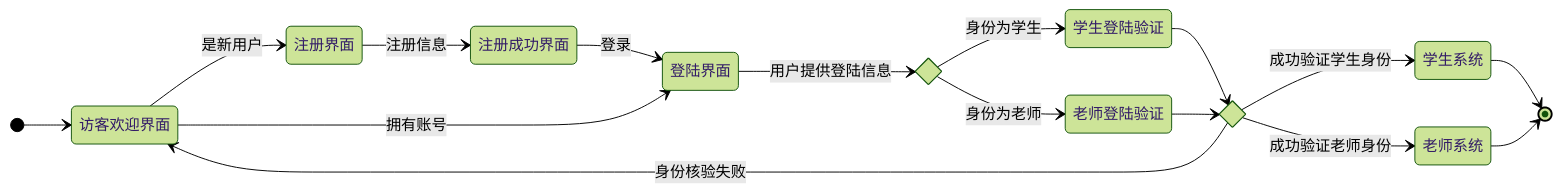
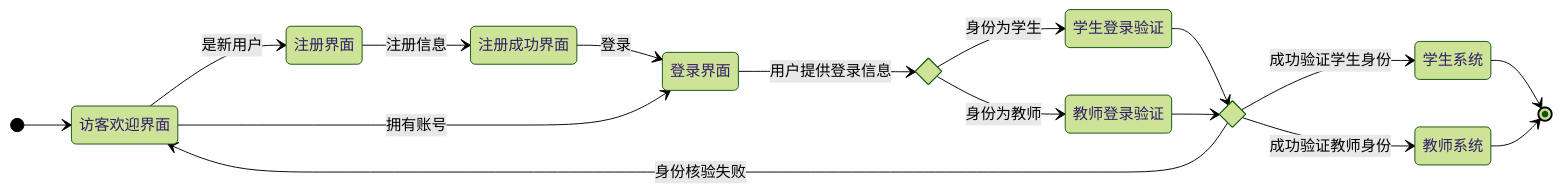
Before and after one commit to Group-Lynx/grid: the diagram in doc/need-anal/state-login.mmd, drawn with Mermaid (forest theme). The commit also changed 5 other files, not shown here.

```diff
--- a/doc/need-anal/state-login.mmd
+++ b/doc/need-anal/state-login.mmd
@@ -1,24 +1,24 @@
 stateDiagram-v2
 direction LR
     [*] --> 访客欢迎界面
 
     访客欢迎界面 --> 注册界面: 是新用户
     注册界面 --> 注册成功界面: 注册信息
-    注册成功界面 --> 登陆界面: 登录
+    注册成功界面 --> 登录界面: 登录
 
-    访客欢迎界面 --> 登陆界面: 拥有账号
+    访客欢迎界面 --> 登录界面: 拥有账号
 
     state LoginBranch <<choice>>
-    登陆界面 --> LoginBranch: 用户提供登陆信息
-    LoginBranch --> 学生登陆验证: 身份为学生
-    LoginBranch --> 老师登陆验证: 身份为老师
+    登录界面 --> LoginBranch: 用户提供登录信息
+    LoginBranch --> 学生登录验证: 身份为学生
+    LoginBranch --> 教师登录验证: 身份为教师
 
     state PswdCheck <<choice>>
-    学生登陆验证 --> PswdCheck 
-    老师登陆验证 --> PswdCheck 
+    学生登录验证 --> PswdCheck 
+    教师登录验证 --> PswdCheck 
     PswdCheck --> 访客欢迎界面: 身份核验失败
     PswdCheck --> 学生系统: 成功验证学生身份
-    PswdCheck --> 老师系统: 成功验证老师身份
+    PswdCheck --> 教师系统: 成功验证教师身份
 
     学生系统 --> [*]
-    老师系统 --> [*]
+    教师系统 --> [*]
```
